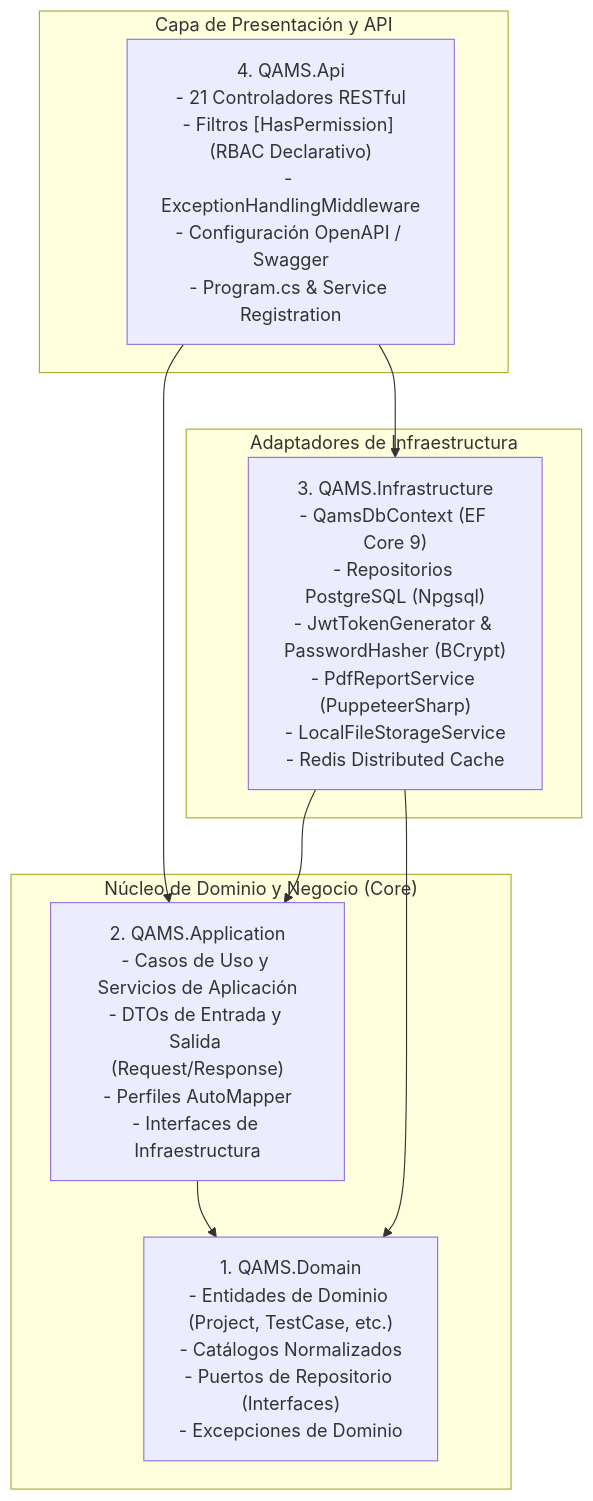
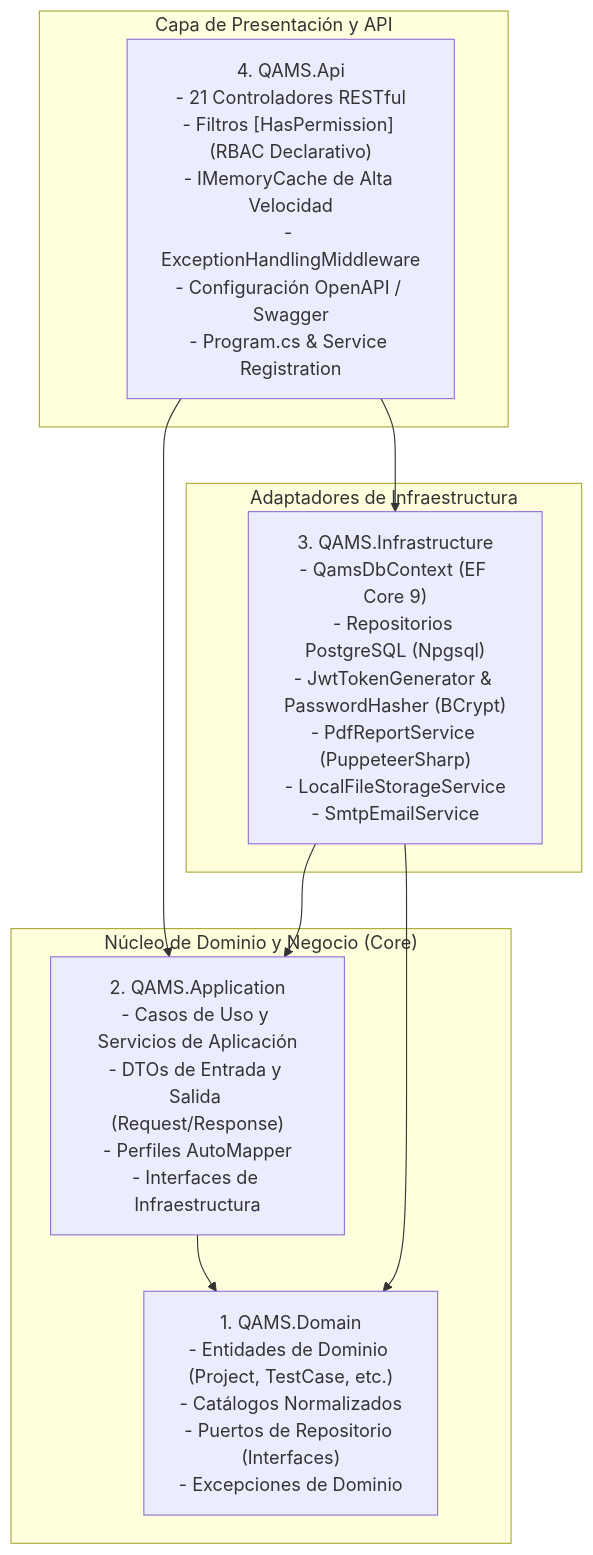
One commit to SecretWars007/QAMS_BACKEND changed the second of 5 diagrams in README.md. Above: the diagram before and after it, drawn with Mermaid. The commit also changed other lines of this file and 1 other file, not shown here.

Commit message:
docs(readme): documentar arquitectura con IMemoryCache de alta velocidad y simplificar docker-compose

````diff
--- a/README.md
+++ b/README.md
@@ -96,21 +91,21 @@
 ```mermaid
 graph TD
     subgraph Core ["Núcleo de Dominio y Negocio (Core)"]
         Domain["1. QAMS.Domain\n- Entidades de Dominio (Project, TestCase, etc.)\n- Catálogos Normalizados\n- Puertos de Repositorio (Interfaces)\n- Excepciones de Dominio"]
         Application["2. QAMS.Application\n- Casos de Uso y Servicios de Aplicación\n- DTOs de Entrada y Salida (Request/Response)\n- Perfiles AutoMapper\n- Interfaces de Infraestructura"]
     end
 
     subgraph Infrastructure ["Adaptadores de Infraestructura"]
-        Infra["3. QAMS.Infrastructure\n- QamsDbContext (EF Core 9)\n- Repositorios PostgreSQL (Npgsql)\n- JwtTokenGenerator & PasswordHasher (BCrypt)\n- PdfReportService (PuppeteerSharp)\n- LocalFileStorageService\n- Redis Distributed Cache"]
+        Infra["3. QAMS.Infrastructure\n- QamsDbContext (EF Core 9)\n- Repositorios PostgreSQL (Npgsql)\n- JwtTokenGenerator & PasswordHasher (BCrypt)\n- PdfReportService (PuppeteerSharp)\n- LocalFileStorageService\n- SmtpEmailService"]
     end
 
     subgraph Presentation ["Capa de Presentación y API"]
-        Api["4. QAMS.Api\n- 21 Controladores RESTful\n- Filtros [HasPermission] (RBAC Declarativo)\n- ExceptionHandlingMiddleware\n- Configuración OpenAPI / Swagger\n- Program.cs & Service Registration"]
+        Api["4. QAMS.Api\n- 21 Controladores RESTful\n- Filtros [HasPermission] (RBAC Declarativo)\n- IMemoryCache de Alta Velocidad\n- ExceptionHandlingMiddleware\n- Configuración OpenAPI / Swagger\n- Program.cs & Service Registration"]
     end
 
     Api --> Application
     Api --> Infra
     Application --> Domain
     Infra --> Application
     Infra --> Domain
 ```
````
